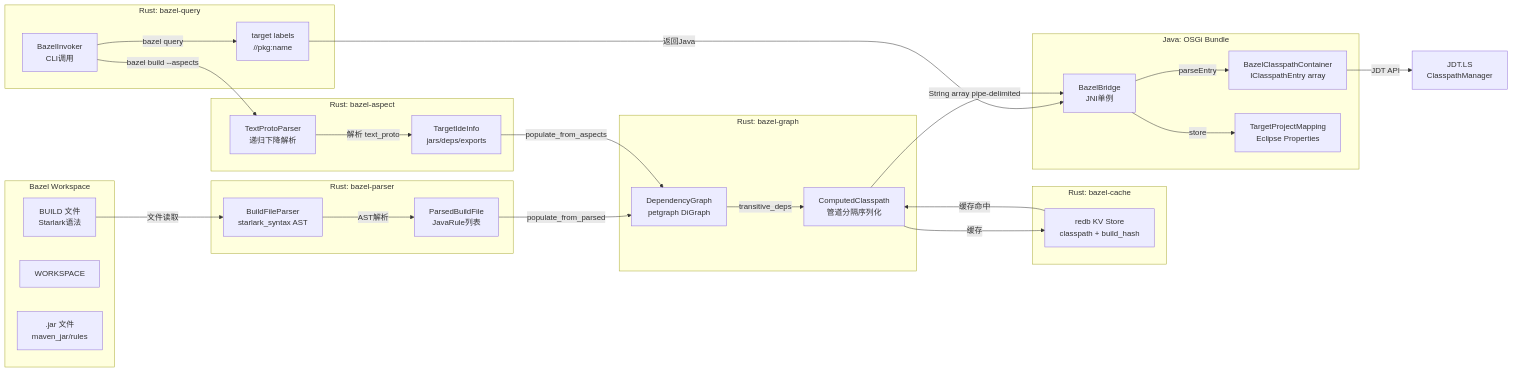
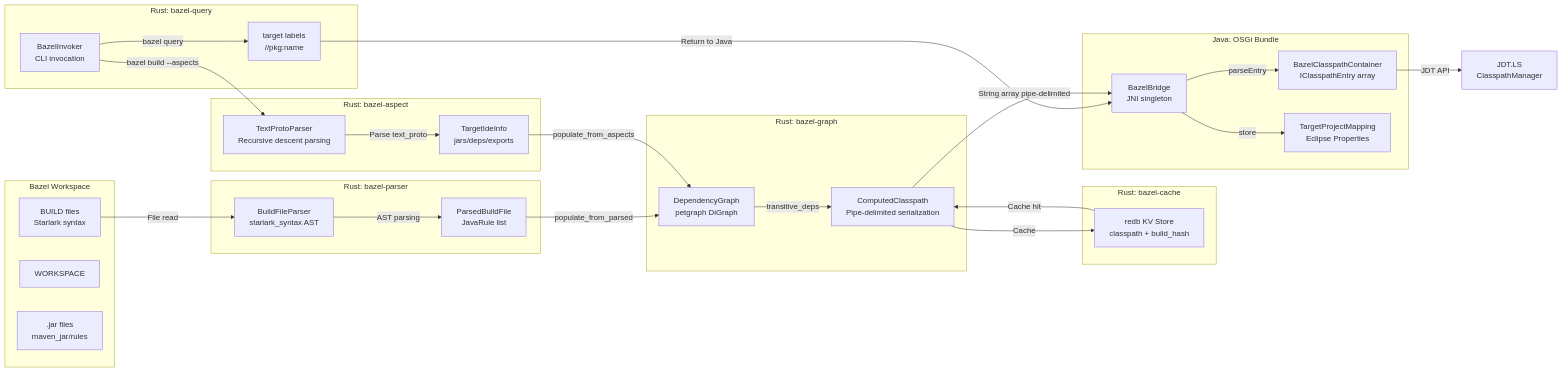
The seventh of 9 diagrams in docs/architecture-analysis.md (runchen0919/bazel-vscode-java-bridge), drawn with Mermaid before and after one commit. The commit also changed other lines of this file and 2 other files, not shown here.

First line of the commit message:
docs: translate technical docs and architecture diagram from Chinese to English

````diff
--- a/docs/architecture-analysis.md
+++ b/docs/architecture-analysis.md
@@ -519,57 +519,57 @@
 ```mermaid
 flowchart LR
     subgraph "Bazel Workspace"
-        BF[BUILD 文件<br/>Starlark语法]
+        BF[BUILD files<br/>Starlark syntax]
         WS[WORKSPACE]
-        JF[.jar 文件<br/>maven_jar/rules]
+        JF[.jar files<br/>maven_jar/rules]
     end
 
     subgraph "Rust: bazel-parser"
         PARSER[BuildFileParser<br/>starlark_syntax AST]
-        PBF[ParsedBuildFile<br/>JavaRule列表]
+        PBF[ParsedBuildFile<br/>JavaRule list]
     end
 
     subgraph "Rust: bazel-query"
-        BAZEL[BazelInvoker<br/>CLI调用]
+        BAZEL[BazelInvoker<br/>CLI invocation]
         LABELS[target labels<br/>//pkg:name]
     end
 
     subgraph "Rust: bazel-aspect"
-        TP[TextProtoParser<br/>递归下降解析]
+        TP[TextProtoParser<br/>Recursive descent parsing]
         TII[TargetIdeInfo<br/>jars/deps/exports]
     end
 
     subgraph "Rust: bazel-graph"
         DG[DependencyGraph<br/>petgraph DiGraph]
-        CC[ComputedClasspath<br/>管道分隔序列化]
+        CC[ComputedClasspath<br/>Pipe-delimited serialization]
     end
 
     subgraph "Rust: bazel-cache"
         RDB[redb KV Store<br/>classpath + build_hash]
     end
 
     subgraph "Java: OSGi Bundle"
-        BB[BazelBridge<br/>JNI单例]
+        BB[BazelBridge<br/>JNI singleton]
         CPC["BazelClasspathContainer<br/>IClasspathEntry array"]
         TPM[TargetProjectMapping<br/>Eclipse Properties]
     end
 
-    BF -->|文件读取| PARSER
-    PARSER -->|AST解析| PBF
+    BF -->|File read| PARSER
+    PARSER -->|AST parsing| PBF
     PBF -->|populate_from_parsed| DG
 
     BAZEL -->|"bazel query"| LABELS
     BAZEL -->|"bazel build --aspects"| TP
-    TP -->|解析 text_proto| TII
+    TP -->|Parse text_proto| TII
     TII -->|populate_from_aspects| DG
-    LABELS -->|返回Java| BB
+    LABELS -->|Return to Java| BB
 
     DG -->|transitive_deps| CC
-    CC -->|缓存| RDB
-    RDB -->|缓存命中| CC
+    CC -->|Cache| RDB
+    RDB -->|Cache hit| CC
     CC -->|"String array pipe-delimited"| BB
 
     BB -->|parseEntry| CPC
     BB -->|store| TPM
     CPC -->|JDT API| JDT[JDT.LS<br/>ClasspathManager]
 ```
````
